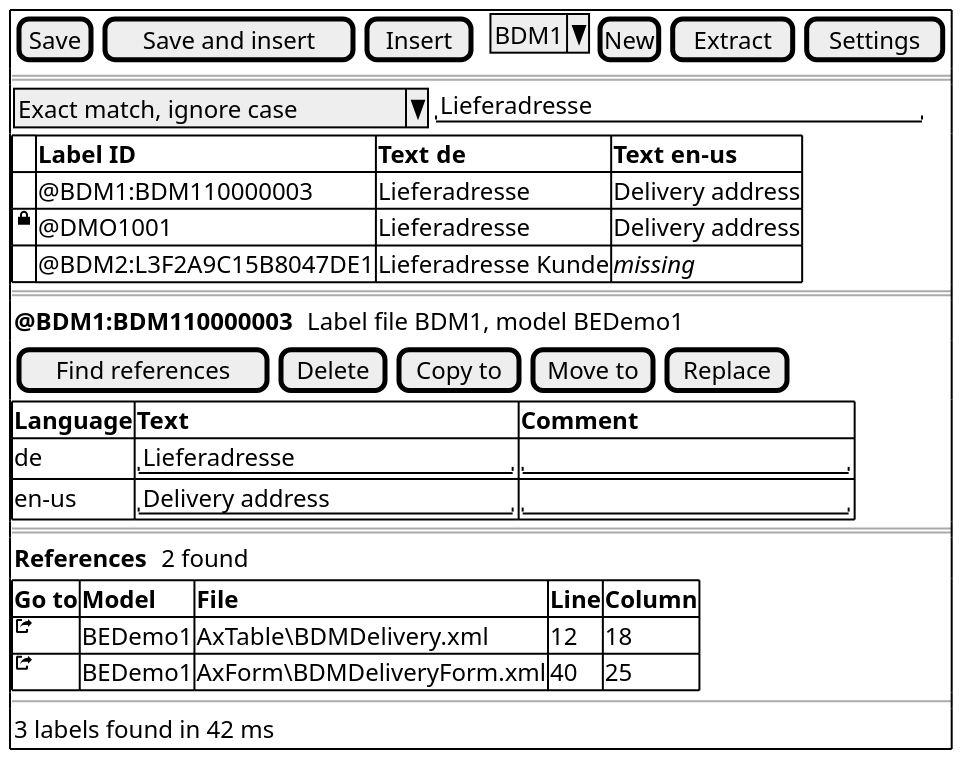
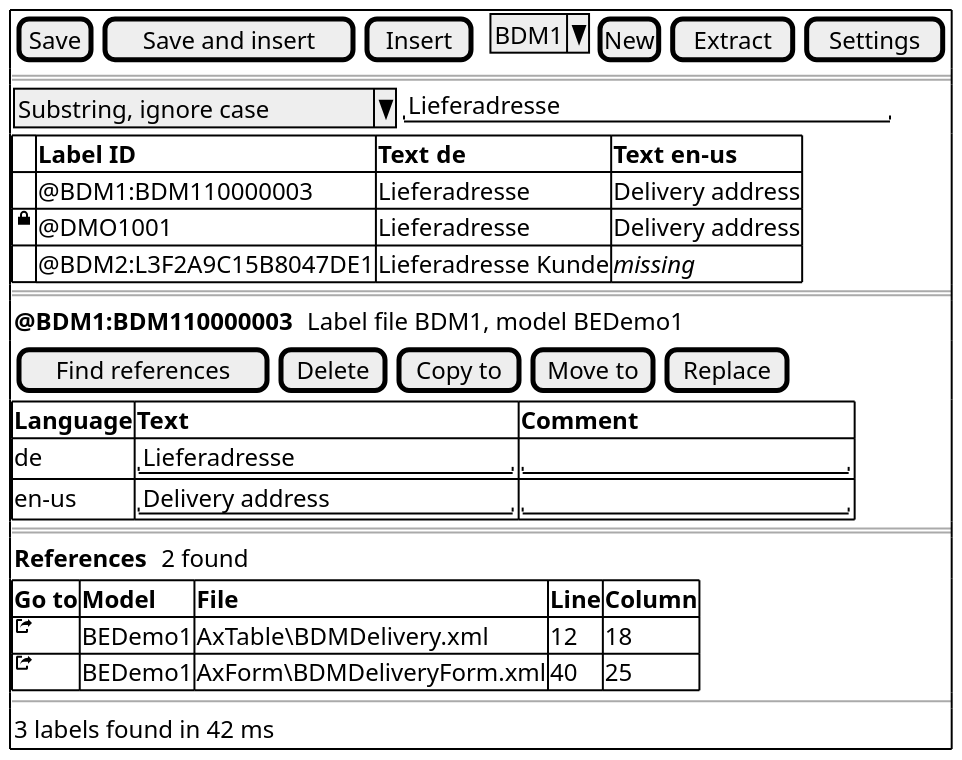
Before and after one commit to Adyrem/diploma-label-localization: the diagram in documentation/diagrams/GUI_ToolWindow.puml, drawn with PlantUML. The commit also changed 8 other files, not shown here.

```diff
--- a/documentation/diagrams/GUI_ToolWindow.puml
+++ b/documentation/diagrams/GUI_ToolWindow.puml
@@ -1,36 +1,36 @@
 @startsalt
 ' Wireframe des Tool Window, angedockt und deshalb untereinander aufgebaut.
 ' Beschriftung englisch wie im bestehenden Tool und in Visual Studio.
 ' Daten aus dem synthetischen Demo-Datensatz, @DMO1001 ist ein erfundenes
 ' Beispiel der alten Form in einem schreibgeschützten Model.
 ' Rendern: plantuml -tpng -charset UTF-8 GUI_ToolWindow.puml
 scale 2
 {+
   { [Save] | [Save and insert] | [Insert] | . | ^BDM1^ | [New] | [Extract] | [Settings] }
   ==
-  { ^Exact match, ignore case^ | "Lieferadresse                 " }
+  { ^Substring, ignore case^ | "Lieferadresse                 " }
   {#
     . | **Label ID** | **Text de** | **Text en-us**
     . | @BDM1:BDM110000003 | Lieferadresse | Delivery address
     <&lock-locked> | @DMO1001 | Lieferadresse | Delivery address
     . | @BDM2:L3F2A9C15B8047DE1 | Lieferadresse Kunde | <i>missing
   }
   ==
   { **@BDM1:BDM110000003** | . | Label file BDM1, model BEDemo1 }
   { [Find references] | [Delete] | [Copy to] | [Move to] | [Replace] }
   {#
     **Language** | **Text** | **Comment**
     de | "Lieferadresse          " | "                    "
     en-us | "Delivery address       " | "                    "
   }
   ==
   { **References** | . | 2 found }
   {#
     **Go to** | **Model** | **File** | **Line** | **Column**
     <&share-boxed> | BEDemo1 | AxTable\BDMDelivery.xml | 12 | 18
     <&share-boxed> | BEDemo1 | AxForm\BDMDeliveryForm.xml | 40 | 25
   }
   --
   { 3 labels found in 42 ms }
 }
 @endsalt
```
